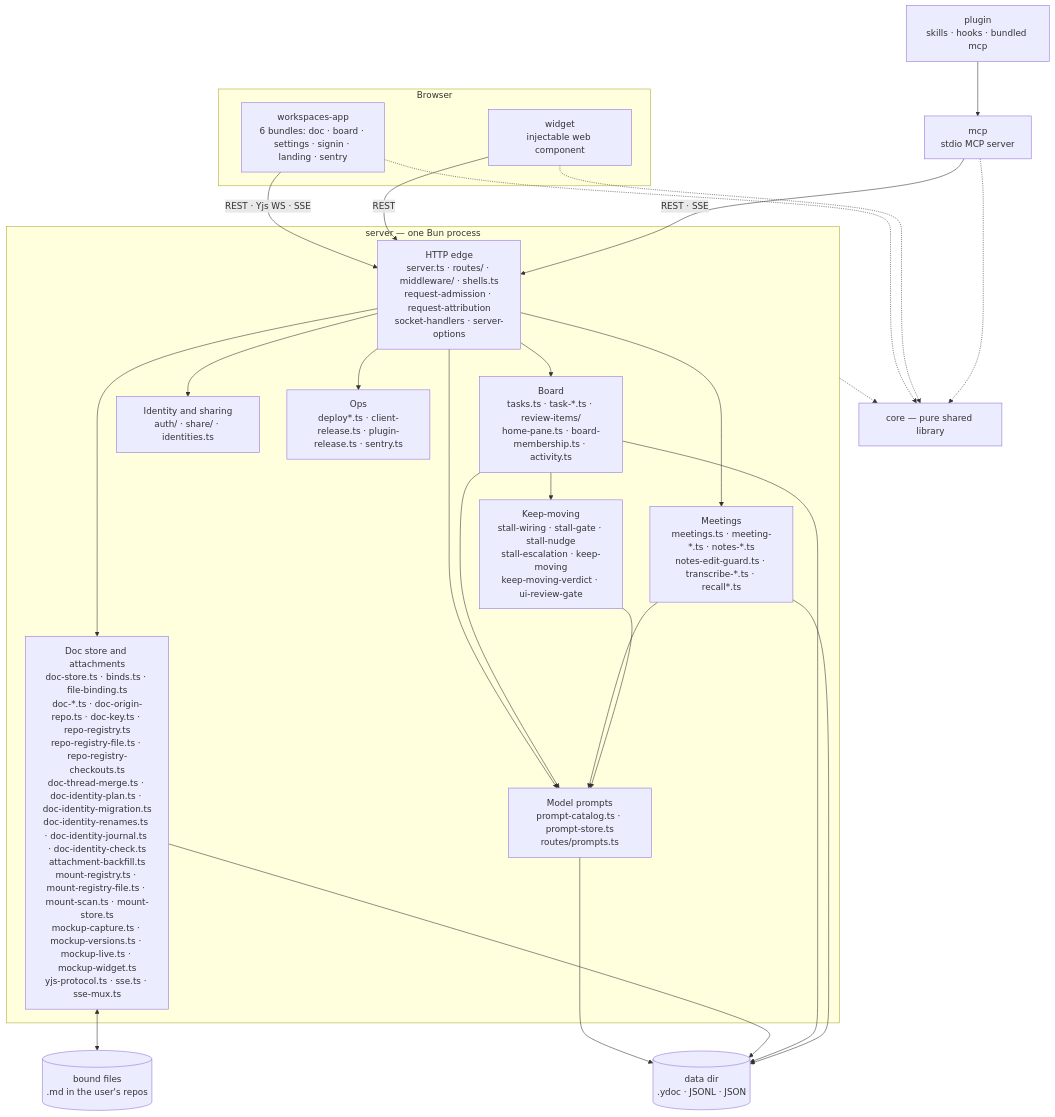
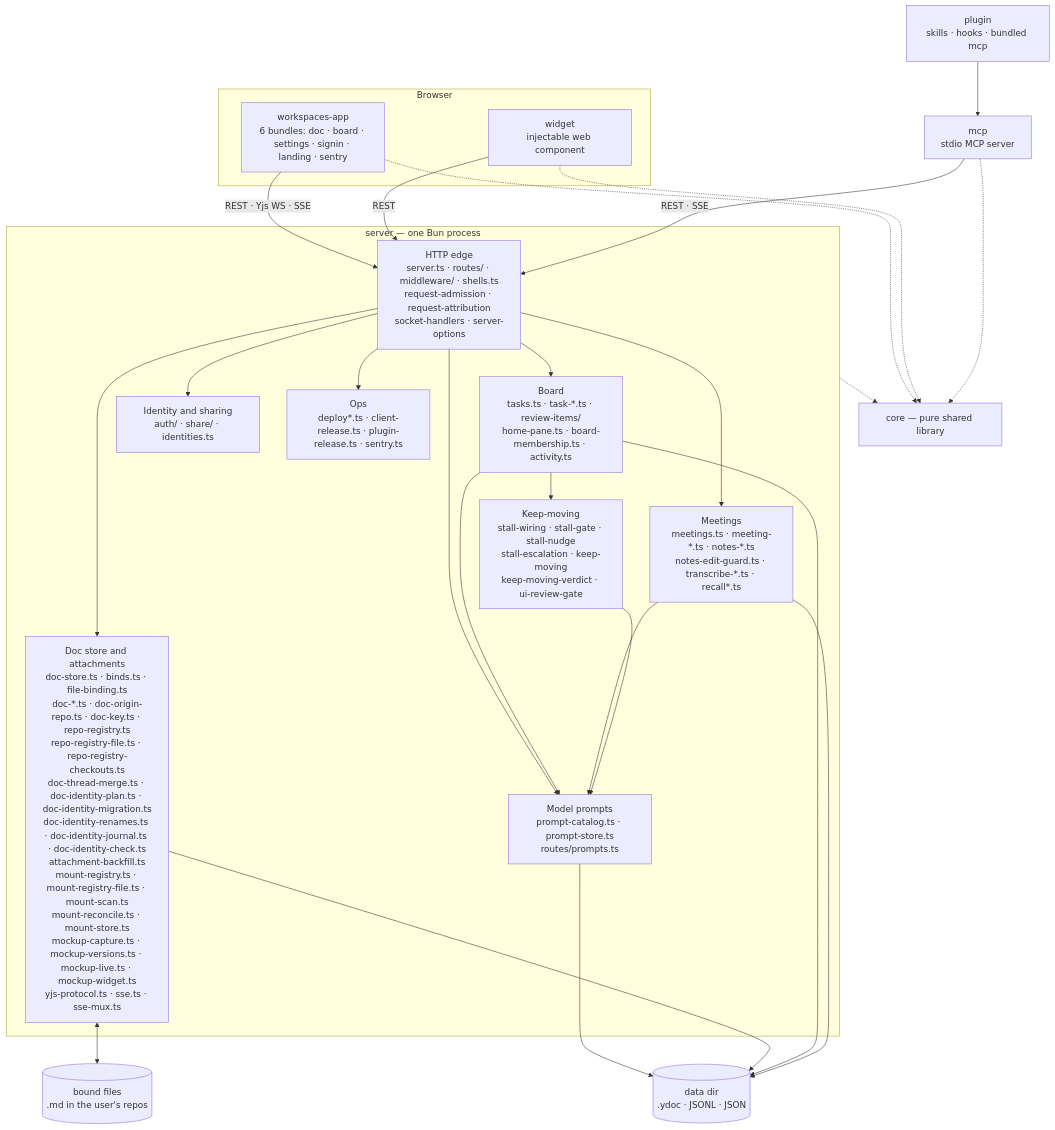
The first of 2 diagrams in docs/architecture/overview.md (fryanpan/claude-workspaces-plugin), drawn with Mermaid before and after one commit. The commit also changed 3 other files, not shown here.

````diff
--- a/docs/architecture/overview.md
+++ b/docs/architecture/overview.md
@@ -45,35 +45,35 @@
 ```mermaid
 flowchart TB
   subgraph browser[Browser]
     app["workspaces-app<br/>6 bundles: doc · board · settings · signin · landing · sentry"]
     wid["widget<br/>injectable web component"]
   end
   plug["plugin<br/>skills · hooks · bundled mcp"]
   mcp["mcp<br/>stdio MCP server"]
   subgraph srv["server — one Bun process"]
     edge["HTTP edge<br/>server.ts · routes/ · middleware/ · shells.ts<br/>request-admission · request-attribution<br/>socket-handlers · server-options"]
-    docs["Doc store and attachments<br/>doc-store.ts · binds.ts · file-binding.ts<br/>doc-*.ts · doc-origin-repo.ts · doc-key.ts · repo-registry.ts<br/>repo-registry-file.ts · repo-registry-checkouts.ts<br/>doc-thread-merge.ts · doc-identity-plan.ts · doc-identity-migration.ts<br/>doc-identity-renames.ts · doc-identity-journal.ts · doc-identity-check.ts<br/>attachment-backfill.ts<br/>mount-registry.ts · mount-registry-file.ts · mount-scan.ts · mount-store.ts<br/>mockup-capture.ts · mockup-versions.ts · mockup-live.ts · mockup-widget.ts<br/>yjs-protocol.ts · sse.ts · sse-mux.ts"]
+    docs["Doc store and attachments<br/>doc-store.ts · binds.ts · file-binding.ts<br/>doc-*.ts · doc-origin-repo.ts · doc-key.ts · repo-registry.ts<br/>repo-registry-file.ts · repo-registry-checkouts.ts<br/>doc-thread-merge.ts · doc-identity-plan.ts · doc-identity-migration.ts<br/>doc-identity-renames.ts · doc-identity-journal.ts · doc-identity-check.ts<br/>attachment-backfill.ts<br/>mount-registry.ts · mount-registry-file.ts · mount-scan.ts<br/>mount-reconcile.ts · mount-store.ts<br/>mockup-capture.ts · mockup-versions.ts · mockup-live.ts · mockup-widget.ts<br/>yjs-protocol.ts · sse.ts · sse-mux.ts"]
     board["Board<br/>tasks.ts · task-*.ts · review-items/<br/>home-pane.ts · board-membership.ts · activity.ts"]
     meet["Meetings<br/>meetings.ts · meeting-*.ts · notes-*.ts<br/>notes-edit-guard.ts · transcribe-*.ts · recall*.ts"]
     keep["Keep-moving<br/>stall-wiring · stall-gate · stall-nudge<br/>stall-escalation · keep-moving<br/>keep-moving-verdict · ui-review-gate"]
     ident["Identity and sharing<br/>auth/ · share/ · identities.ts"]
     prompts["Model prompts<br/>prompt-catalog.ts · prompt-store.ts<br/>routes/prompts.ts"]
     ops["Ops<br/>deploy*.ts · client-release.ts · plugin-release.ts · sentry.ts"]
   end
   core["core — pure shared library"]
   disk[("data dir<br/>.ydoc · JSONL · JSON")]
   files[("bound files<br/>.md in the user's repos")]
 
   app -->|"REST · Yjs WS · SSE"| edge
   wid -->|REST| edge
   plug --> mcp
   mcp -->|"REST · SSE"| edge
   edge --> docs & board & meet & ident & ops & prompts
   board & meet & keep --> prompts
   prompts --> disk
   board --> keep
   docs <--> files
   docs & board & meet --> disk
   app & wid & mcp -.-> core
   srv -.-> core
 ```
````
